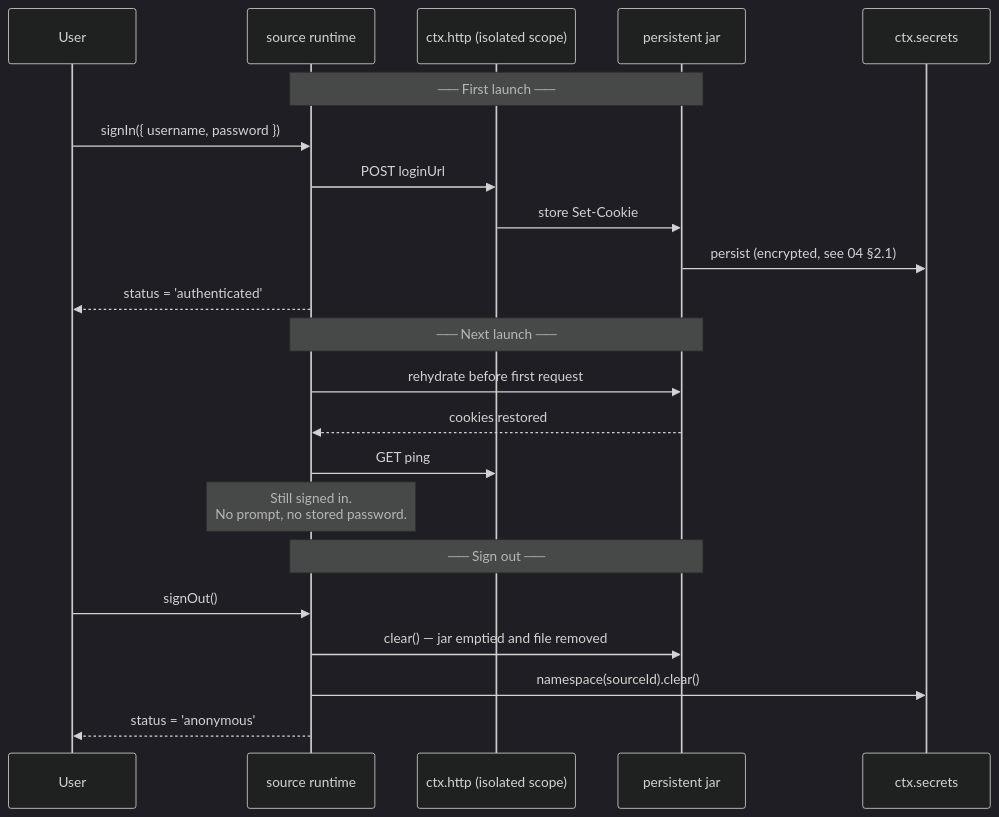
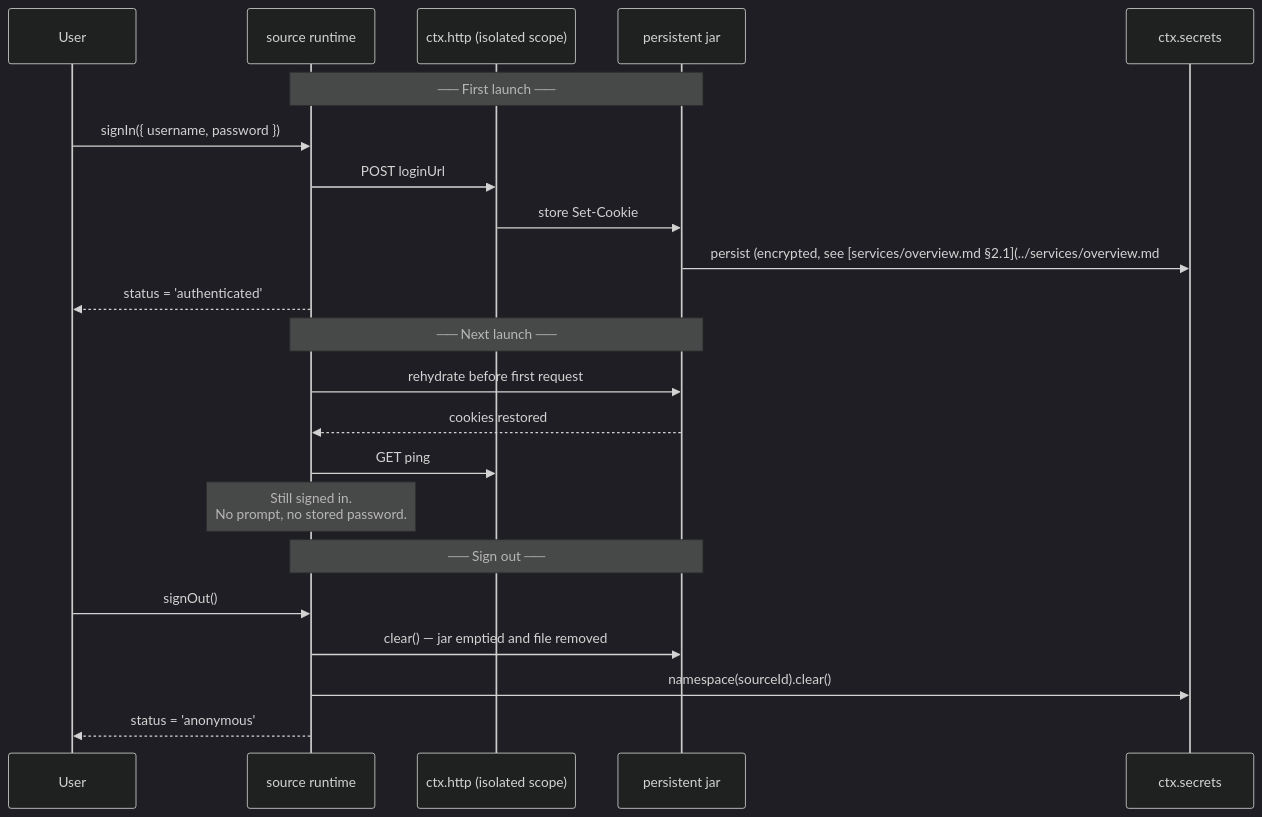
Before and after one commit to BBeBeeX/B_Be_Bee_X: the second of 2 diagrams in docs-zh/sources/runtime.md, drawn with Mermaid (dark theme). The commit also changed other lines of this file and 55 other files, not shown here.

````diff
--- a/docs-zh/sources/runtime.md
+++ b/docs-zh/sources/runtime.md
@@ -221,27 +252,27 @@
 ```mermaid
 sequenceDiagram
     participant U as User
     participant R as source runtime
     participant H as ctx.http (isolated scope)
     participant J as persistent jar
     participant S as ctx.secrets
 
     Note over R,J: ── First launch ──
     U->>R: signIn({ username, password })
     R->>H: POST loginUrl
     H->>J: store Set-Cookie
-    J->>S: persist (encrypted, see 04 §2.1)
+    J->>S: persist (encrypted, see [services/overview.md §2.1](../services/overview.md#21-cookie-罐))
     R-->>U: status = 'authenticated'
 
     Note over R,J: ── Next launch ──
     R->>J: rehydrate before first request
     J-->>R: cookies restored
     R->>H: GET ping
     Note over R: Still signed in.<br/>No prompt, no stored password.
 
     Note over R,J: ── Sign out ──
     U->>R: signOut()
     R->>J: clear() — jar emptied and file removed
     R->>S: namespace(sourceId).clear()
     R-->>U: status = 'anonymous'
 ```
````
